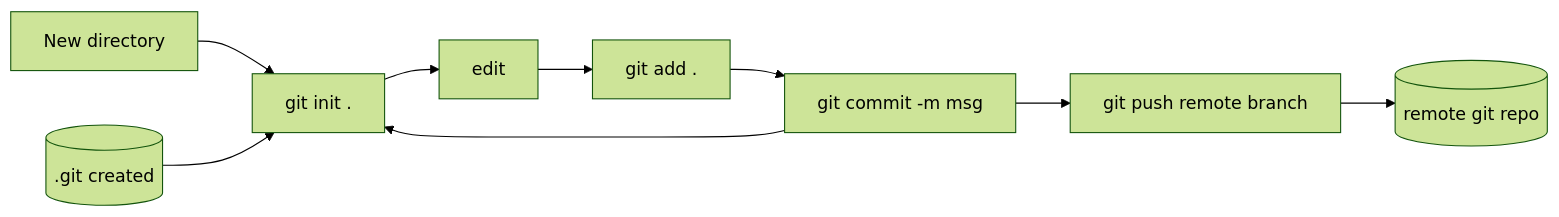
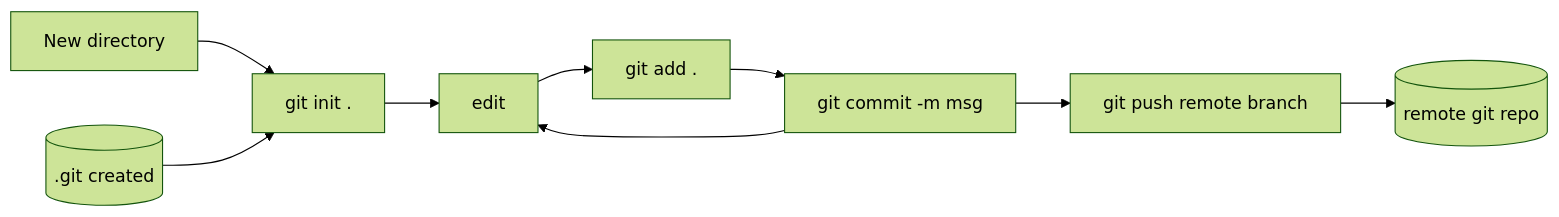
Before and after one commit to flygarej/markdowndemo: the diagram in gitremote.md, drawn with Mermaid (forest theme).

````diff
--- a/gitremote.md
+++ b/gitremote.md
@@ -1,11 +1,11 @@
 ```mermaid
   flowchart LR;
     A[New directory]-->B[git init .];
     R1[(.git created)]-->B;
     B-->C[edit];
     C-->D[git add .];
     D-->E[git commit -m msg];
-    E-->B;
+    E-->C;
     E-->G[git push remote branch];
     G-->R2[(remote git repo)];
 ```
````
